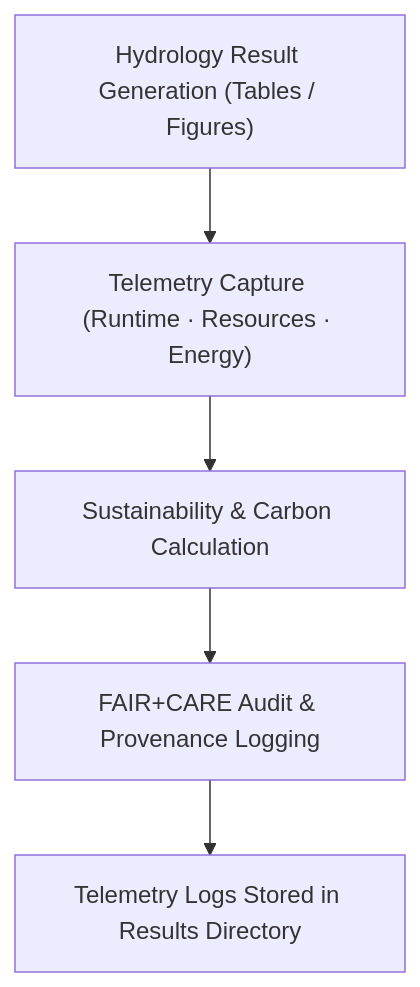
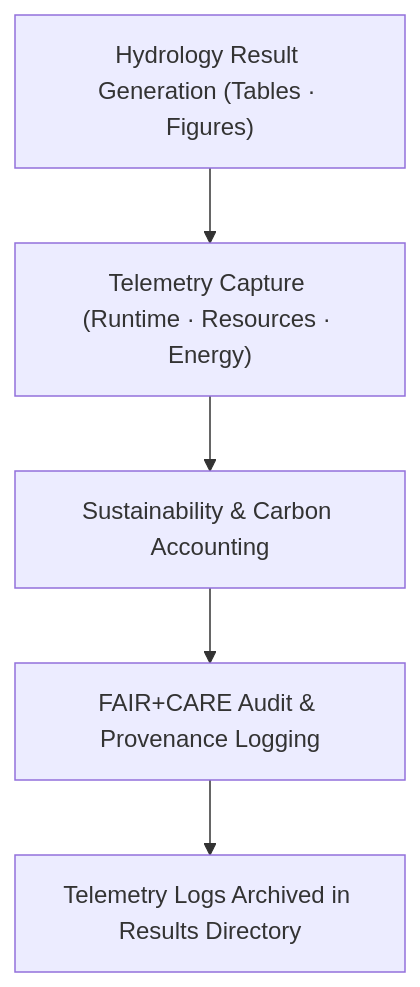
Before and after one commit to bartytime4life/Kansas-Frontier-Matrix: the diagram in docs/analyses/hydrology/results/telemetry-logs/README.md, drawn with Mermaid. The commit also changed other lines of this file, not shown here.

First line of the commit message:
Revise telemetry logs README for clarity and structure

````diff
--- a/docs/analyses/hydrology/results/telemetry-logs/README.md
+++ b/docs/analyses/hydrology/results/telemetry-logs/README.md
@@ -63,8 +57,8 @@
 ```mermaid
 flowchart TD
-    A["Hydrology Result Generation (Tables / Figures)"]
+    A["Hydrology Result Generation (Tables · Figures)"]
     --> B["Telemetry Capture (Runtime · Resources · Energy)"]
-    B --> C["Sustainability & Carbon Calculation"]
+    B --> C["Sustainability & Carbon Accounting"]
     C --> D["FAIR+CARE Audit & Provenance Logging"]
-    D --> E["Telemetry Logs Stored in Results Directory"]
+    D --> E["Telemetry Logs Archived in Results Directory"]
 ```
````
